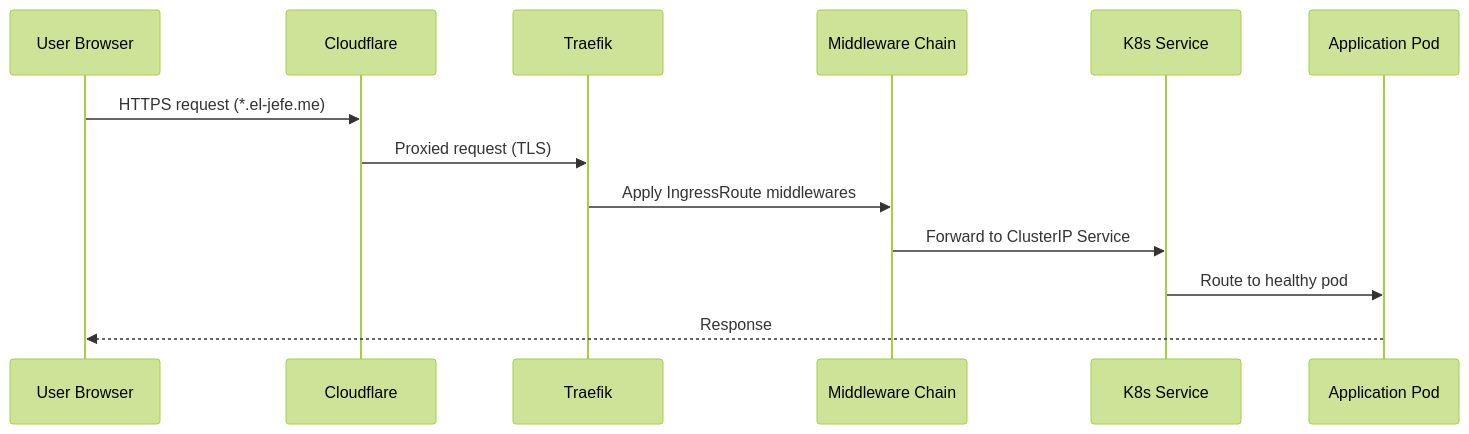
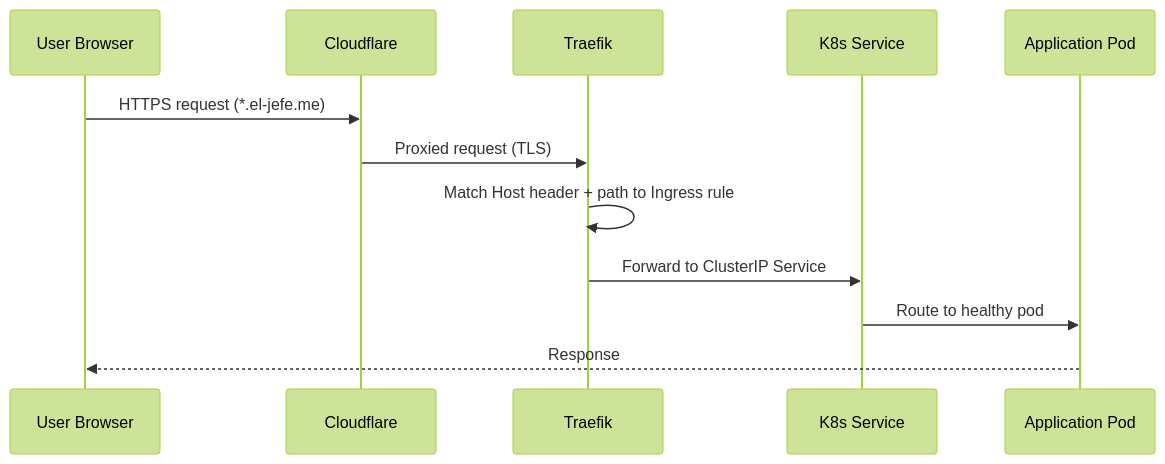
Before and after one commit to maxjeffwell/portfolio-gatsby: the first of 2 diagrams in docs-site/docs/networking/traefik.md, drawn with Mermaid (forest theme). The commit also changed other lines of this file, not shown here.

First line of the commit message:
Fix Traefik docs to match actual infrastructure

````diff
--- a/docs-site/docs/networking/traefik.md
+++ b/docs-site/docs/networking/traefik.md
@@ -14,16 +14,15 @@
 ```mermaid
 sequenceDiagram
     participant U as User Browser
     participant CF as Cloudflare
     participant T as Traefik
-    participant MW as Middleware Chain
     participant S as K8s Service
     participant P as Application Pod
 
     U->>CF: HTTPS request (*.el-jefe.me)
     CF->>T: Proxied request (TLS)
-    T->>MW: Apply IngressRoute middlewares
-    MW->>S: Forward to ClusterIP Service
+    T->>T: Match Host header + path to Ingress rule
+    T->>S: Forward to ClusterIP Service
     S->>P: Route to healthy pod
     P-->>U: Response
 ```
````
